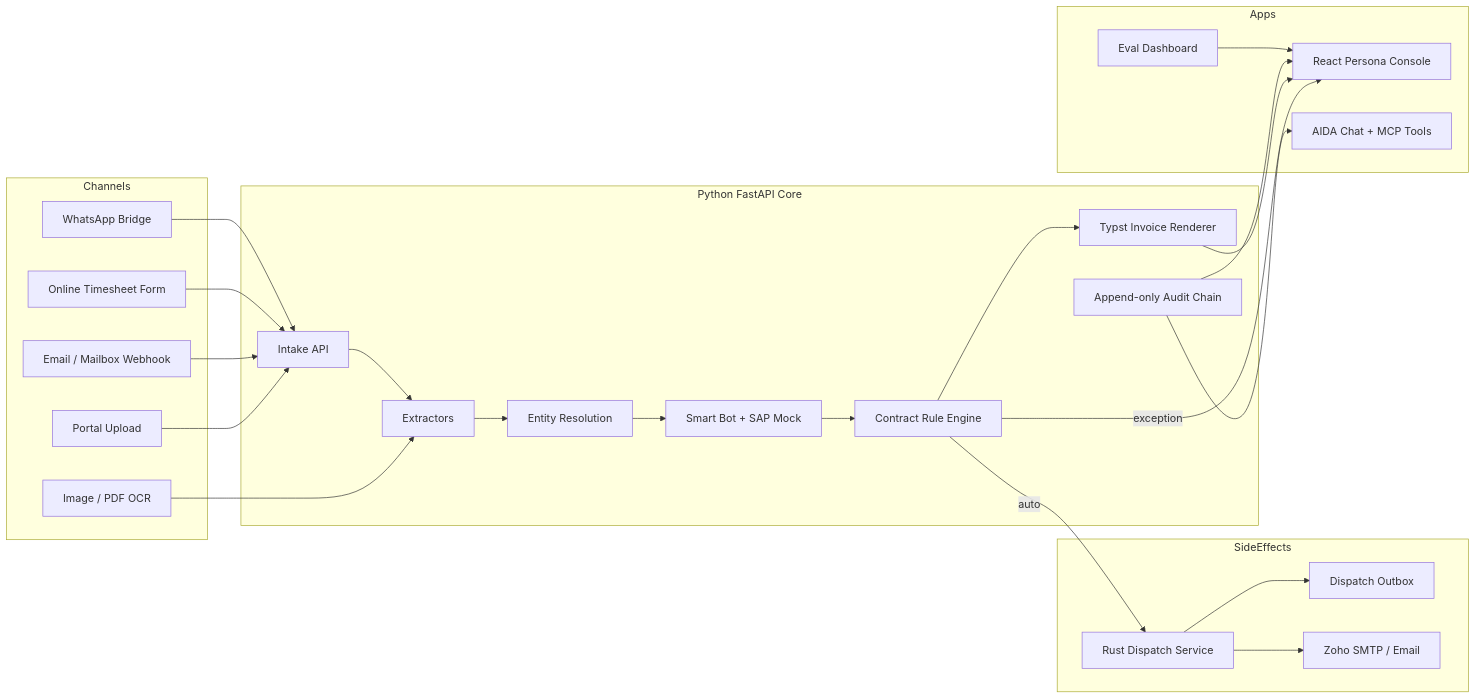
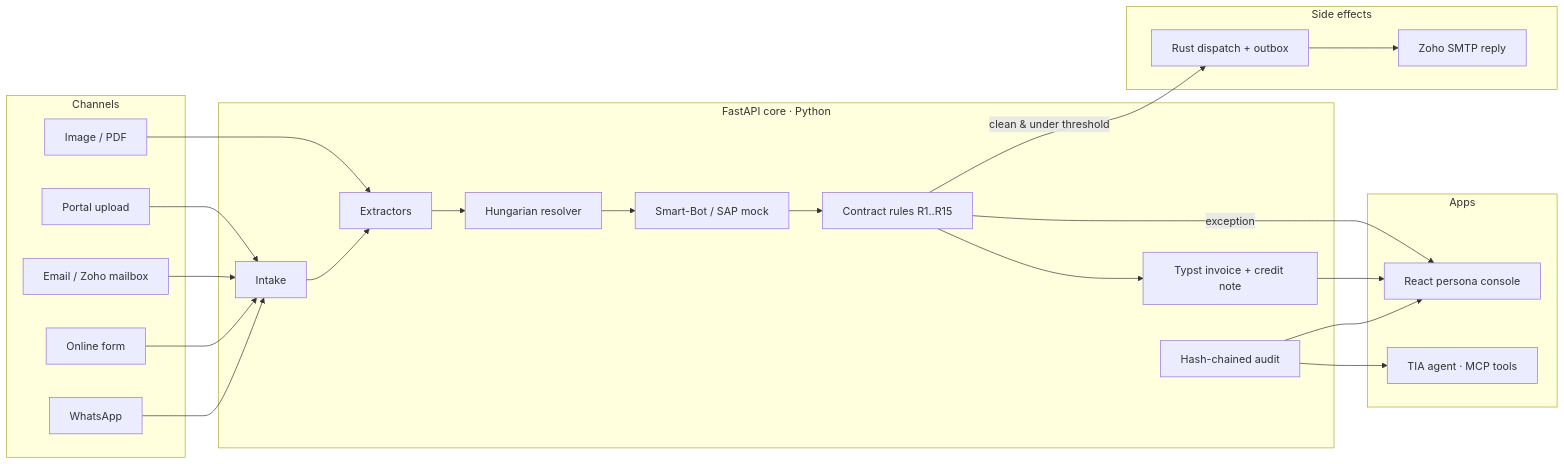
The diagram in README.md (cyberkunju/tia), drawn with Mermaid before and after one commit. The commit also changed other lines of this file, not shown here.

````diff
--- a/README.md
+++ b/README.md
@@ -92,46 +113,39 @@
 ```mermaid
 flowchart LR
-  subgraph Channels
-    Portal[Portal Upload]
-    Email[Email / Mailbox Webhook]
-    Form[Online Timesheet Form]
-    WhatsApp[WhatsApp Bridge]
-    OCR[Image / PDF OCR]
+  subgraph In[Channels]
+    P[Portal upload]
+    E[Email / Zoho mailbox]
+    F[Online form]
+    W[WhatsApp]
+    O[Image / PDF]
   end
 
-  subgraph Core[Python FastAPI Core]
-    Intake[Intake API]
-    Extract[Extractors]
-    Match[Entity Resolution]
-    ERP[Smart Bot + SAP Mock]
-    Rules[Contract Rule Engine]
-    Invoice[Typst Invoice Renderer]
-    Audit[Append-only Audit Chain]
+  subgraph Core[FastAPI core · Python]
+    IN[Intake]
+    EX[Extractors]
+    MA[Hungarian resolver]
+    ER[Smart-Bot / SAP mock]
+    RU[Contract rules R1..R15]
+    IV[Typst invoice + credit note]
+    AU[Hash-chained audit]
   end
 
-  subgraph SideEffects
-    Dispatch[Rust Dispatch Service]
-    Outbox[Dispatch Outbox]
-    Mail[Zoho SMTP / Email]
+  subgraph Out[Side effects]
+    DS[Rust dispatch + outbox]
+    ML[Zoho SMTP reply]
   end
 
-  subgraph Apps
-    Web[React Persona Console]
-    AIDA[AIDA Chat + MCP Tools]
-    Eval[Eval Dashboard]
+  subgraph UI[Apps]
+    WEB[React persona console]
+    AI[TIA agent · MCP tools]
   end
 
-  Portal --> Intake
-  Email --> Intake
-  Form --> Intake
-  WhatsApp --> Intake
-  OCR --> Extract
-  Intake --> Extract --> Match --> ERP --> Rules --> Invoice
-  Rules -->|auto| Dispatch --> Outbox
-  Rules -->|exception| Web
-  Invoice --> Web
-  Audit --> Web
-  Audit --> AIDA
-  Eval --> Web
-  Dispatch --> Mail
+  P & E & F & W --> IN
+  O --> EX
+  IN --> EX --> MA --> ER --> RU --> IV
+  RU -->|clean & under threshold| DS --> ML
+  RU -->|exception| WEB
+  IV --> WEB
+  AU --> WEB
+  AU --> AI
 ```
````
